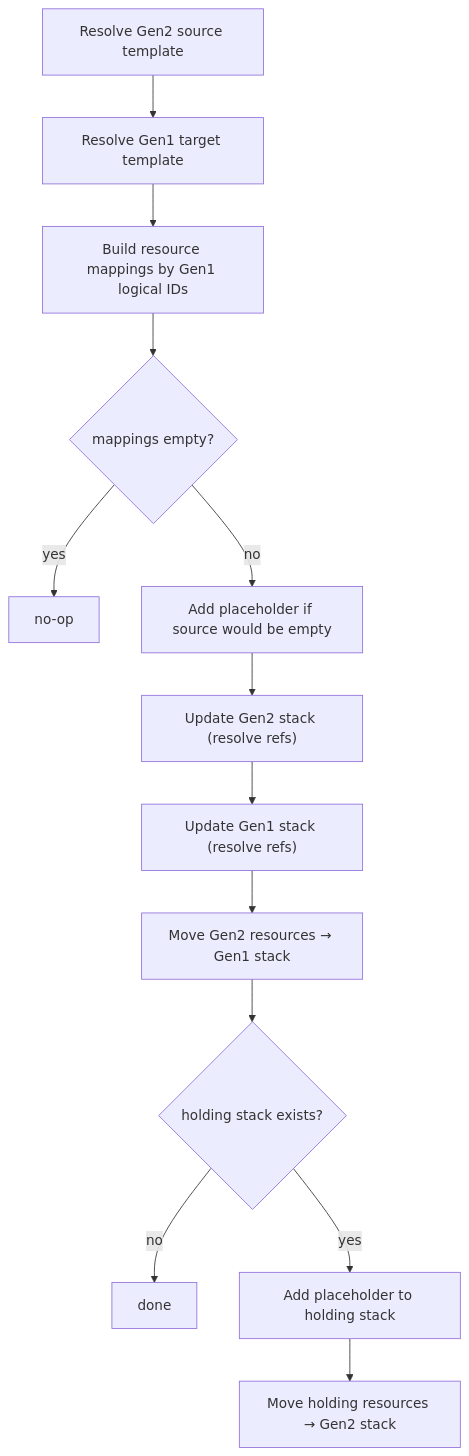
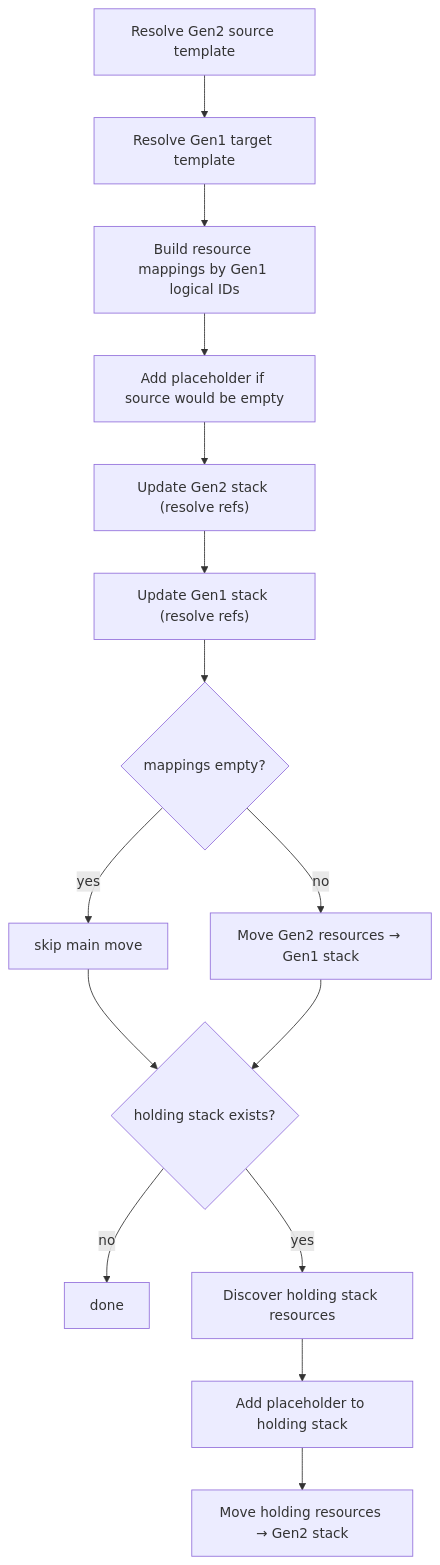
The second of 2 diagrams in docs/packages/amplify-cli/src/commands/gen2-migration/refactor.md (aws-amplify/amplify-cli), drawn with Mermaid before and after one commit. The commit also changed other lines of this file, not shown here.

First line of the commit message:
docs(cli-internal): update refactor.md for beforeMove/afterMove changes

````diff
--- a/docs/packages/amplify-cli/src/commands/gen2-migration/refactor.md
+++ b/docs/packages/amplify-cli/src/commands/gen2-migration/refactor.md
@@ -64,15 +64,17 @@
 ```mermaid
 flowchart TD
     A[Resolve Gen2 source template] --> B[Resolve Gen1 target template]
     B --> C[Build resource mappings by Gen1 logical IDs]
-    C --> D{mappings empty?}
-    D -- yes --> E[no-op]
-    D -- no --> F[Add placeholder if source would be empty]
-    F --> G["Update Gen2 stack (resolve refs)"]
-    G --> H["Update Gen1 stack (resolve refs)"]
-    H --> I[Move Gen2 resources → Gen1 stack]
-    I --> J{holding stack exists?}
+    C --> D[Add placeholder if source would be empty]
+    D --> E["Update Gen2 stack (resolve refs)"]
+    E --> F["Update Gen1 stack (resolve refs)"]
+    F --> G{mappings empty?}
+    G -- yes --> H[skip main move]
+    G -- no --> I[Move Gen2 resources → Gen1 stack]
+    H --> J{holding stack exists?}
+    I --> J
     J -- no --> K[done]
-    J -- yes --> L[Add placeholder to holding stack]
-    L --> M[Move holding resources → Gen2 stack]
+    J -- yes --> L["Discover holding stack resources"]
+    L --> M[Add placeholder to holding stack]
+    M --> N[Move holding resources → Gen2 stack]
 ```
````
